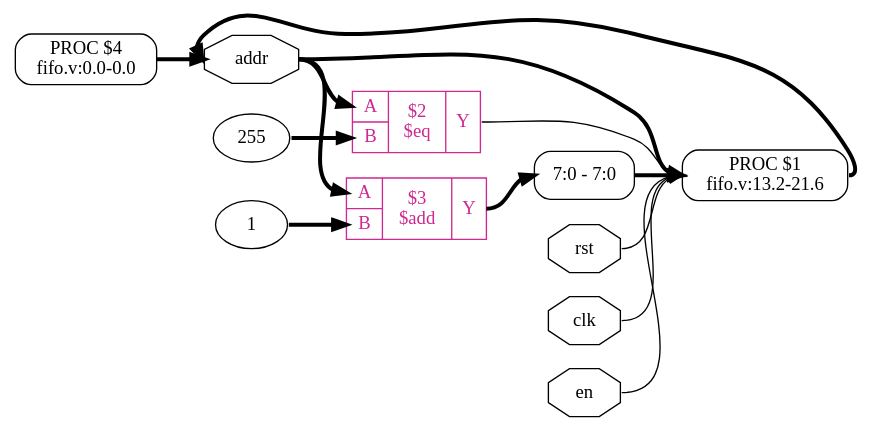
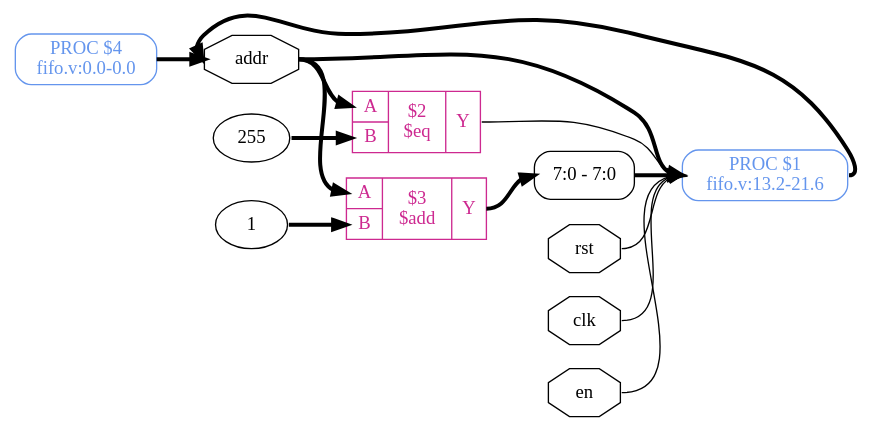
One commit to YosysHQ-Docs/yosys-cmd-ref changed the diagram in source/_images/code_examples/fifo/addr_gen_hier.dot. Above: the diagram before and after it, drawn with Graphviz. The commit also changed 112 other files, not shown here.

```diff
--- a/source/_images/code_examples/fifo/addr_gen_hier.dot
+++ b/source/_images/code_examples/fifo/addr_gen_hier.dot
@@ -1,28 +1,28 @@
 digraph "addr_gen" {
 rankdir="LR";
 remincross=true;
 n5 [ shape=octagon, label="addr", color="black", fontcolor="black" ];
 n6 [ shape=octagon, label="rst", color="black", fontcolor="black" ];
 n7 [ shape=octagon, label="clk", color="black", fontcolor="black" ];
 n8 [ shape=octagon, label="en", color="black", fontcolor="black" ];
 v0 [ label="1" ];
 c12 [ shape=record, label="{{<p9> A|<p10> B}|$3\n$add|{<p11> Y}}", color="maroon3", fontcolor="maroon3" ];
 v1 [ label="255" ];
 c13 [ shape=record, label="{{<p9> A|<p10> B}|$2\n$eq|{<p11> Y}}", color="maroon3", fontcolor="maroon3" ];
-p2 [shape=box, style=rounded, label="PROC $4\nfifo.v:0.0-0.0"];
+p2 [shape=box, style=rounded, label="PROC $4\nfifo.v:0.0-0.0", color="cornflowerblue", fontcolor="cornflowerblue"];
 x4 [ shape=record, style=rounded, label="<s0> 7:0 - 7:0 ", color="black", fontcolor="black" ];
-p3 [shape=box, style=rounded, label="PROC $1\nfifo.v:13.2-21.6"];
+p3 [shape=box, style=rounded, label="PROC $1\nfifo.v:13.2-21.6", color="cornflowerblue", fontcolor="cornflowerblue"];
 c12:p11:e -> x4:s0:w [color="black", fontcolor="black", style="setlinewidth(3)", label=""];
 c13:p11:e -> p3:w [color="black", fontcolor="black", label=""];
 p2:e -> n5:w [color="black", fontcolor="black", style="setlinewidth(3)", label=""];
 p3:e -> n5:w [color="black", fontcolor="black", style="setlinewidth(3)", label=""];
 n5:e -> c12:p9:w [color="black", fontcolor="black", style="setlinewidth(3)", label=""];
 n5:e -> c13:p9:w [color="black", fontcolor="black", style="setlinewidth(3)", label=""];
 n5:e -> p3:w [color="black", fontcolor="black", style="setlinewidth(3)", label=""];
 n6:e -> p3:w [color="black", fontcolor="black", label=""];
 n7:e -> p3:w [color="black", fontcolor="black", label=""];
 n8:e -> p3:w [color="black", fontcolor="black", label=""];
 v0:e -> c12:p10:w [color="black", fontcolor="black", style="setlinewidth(3)", label=""];
 v1:e -> c13:p10:w [color="black", fontcolor="black", style="setlinewidth(3)", label=""];
 x4:e -> p3:w [color="black", fontcolor="black", style="setlinewidth(3)", label=""];
 }
```
